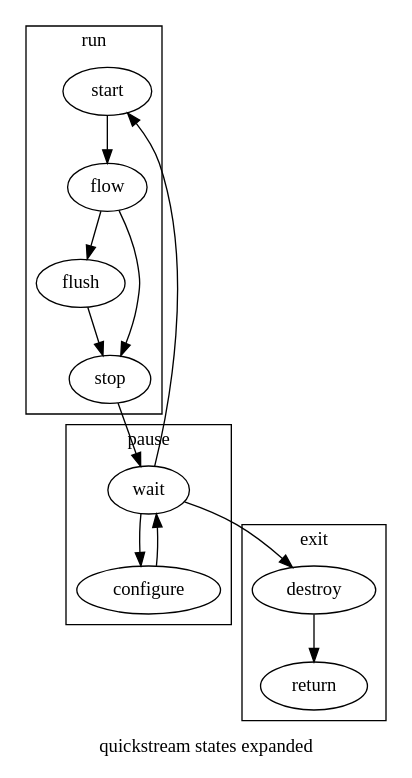
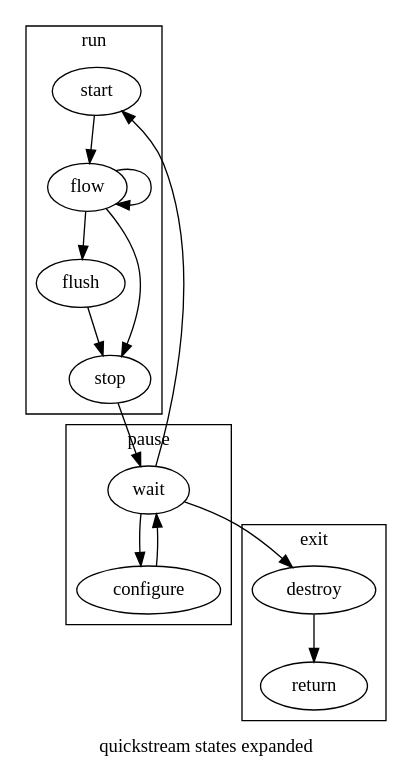
The diagram in share/doc/quickstream/stateExpaned.dot (lanceman2/Quickstream_dev), drawn with Graphviz before and after one commit. The commit also changed 4 other files, not shown here.

```diff
--- a/share/doc/quickstream/stateExpaned.dot
+++ b/share/doc/quickstream/stateExpaned.dot
@@ -1,35 +1,36 @@
 digraph {
 
     label="quickstream states expanded";
 
     subgraph cluster_0 {
         label="run";
         start;
         flow;
         flush;
         stop;
     }
 
     subgraph cluster_1 {
         label="pause";
         wait;
         configure;
     }
 
     subgraph cluster_2 {
         label="exit";
         destroy;
         return;
     }
 
     start -> flow;
+    flow -> flow;
     flow -> flush;
     flow -> stop;
     flush -> stop;
     stop -> wait;
     wait -> start;
     wait -> destroy;
     destroy -> return;
     wait -> configure;
     configure -> wait;
 }
```
